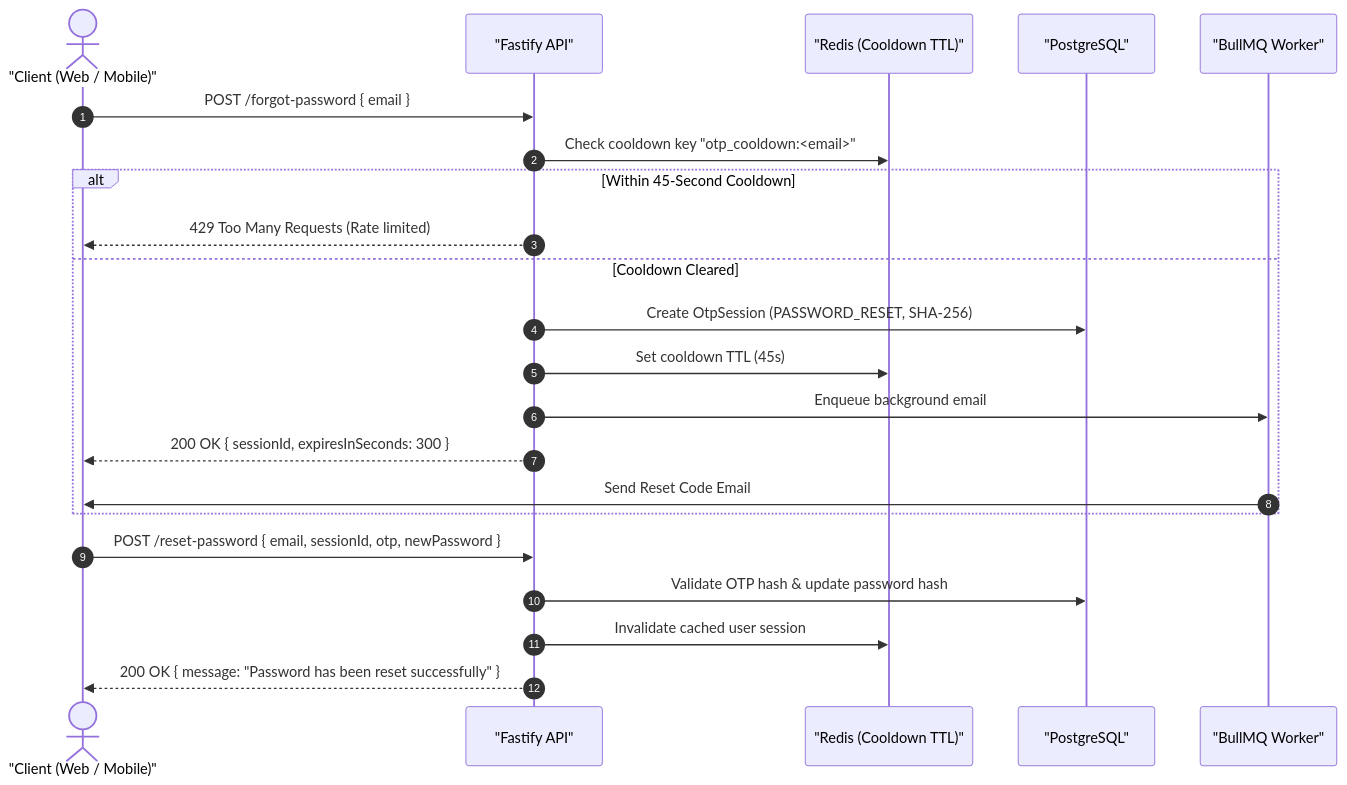
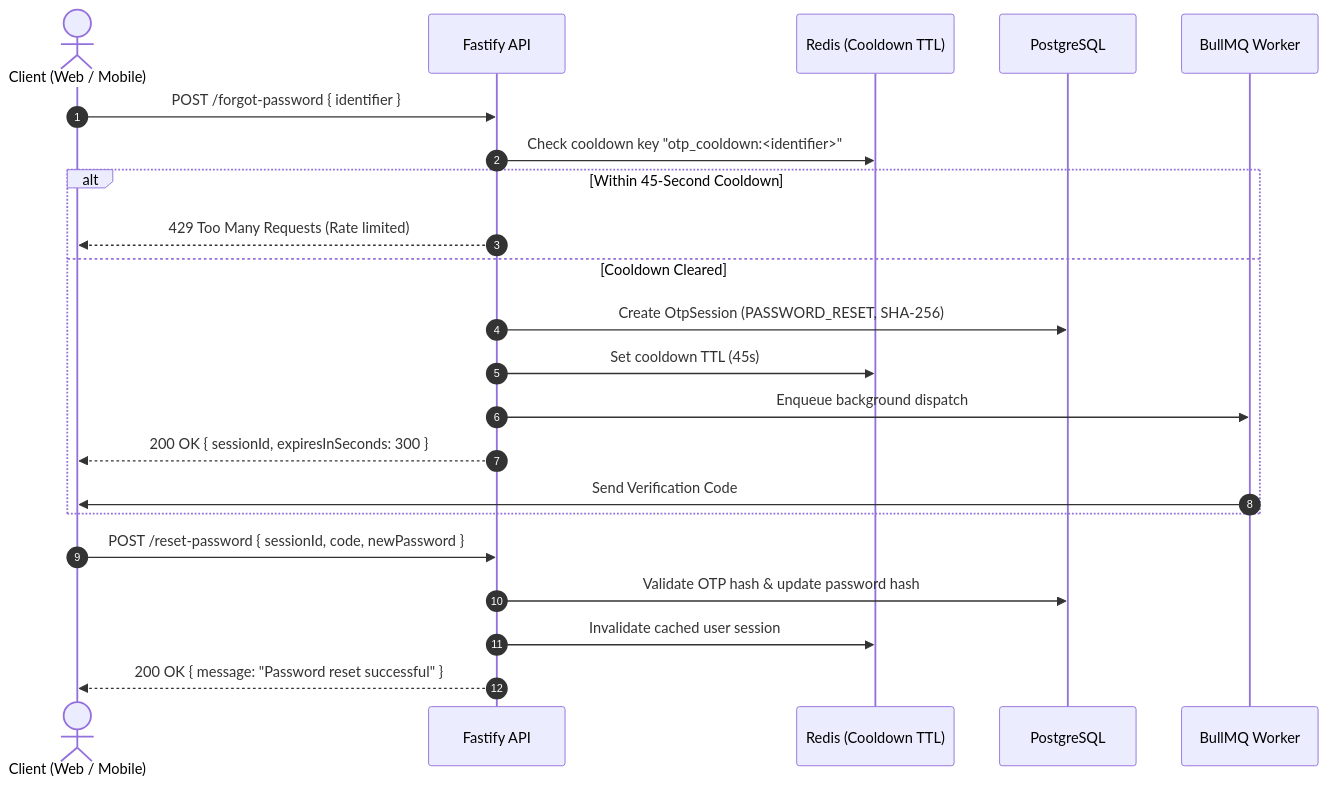
Before and after one commit to bnintelhub/olx: the third of 4 diagrams in README.md, drawn with Mermaid. The commit also changed other lines of this file and 28 other files, not shown here.

````diff
--- a/README.md
+++ b/README.md
@@ -147,26 +169,26 @@
 ```mermaid
 sequenceDiagram
     autonumber
-    actor Client as "Client (Web / Mobile)"
-    participant Fastify as "Fastify API"
-    participant Redis as "Redis (Cooldown TTL)"
-    participant DB as "PostgreSQL"
-    participant BullMQ as "BullMQ Worker"
+    actor Client as Client (Web / Mobile)
+    participant Fastify as Fastify API
+    participant Redis as Redis (Cooldown TTL)
+    participant DB as PostgreSQL
+    participant BullMQ as BullMQ Worker
 
-    Client->>Fastify: POST /forgot-password { email }
-    Fastify->>Redis: Check cooldown key "otp_cooldown:<email>"
+    Client->>Fastify: POST /forgot-password { identifier }
+    Fastify->>Redis: Check cooldown key "otp_cooldown:<identifier>"
     alt Within 45-Second Cooldown
         Fastify-->>Client: 429 Too Many Requests (Rate limited)
     else Cooldown Cleared
         Fastify->>DB: Create OtpSession (PASSWORD_RESET, SHA-256)
         Fastify->>Redis: Set cooldown TTL (45s)
-        Fastify->>BullMQ: Enqueue background email
+        Fastify->>BullMQ: Enqueue background dispatch
         Fastify-->>Client: 200 OK { sessionId, expiresInSeconds: 300 }
-        BullMQ->>Client: Send Reset Code Email
+        BullMQ->>Client: Send Verification Code
     end
 
-    Client->>Fastify: POST /reset-password { email, sessionId, otp, newPassword }
+    Client->>Fastify: POST /reset-password { sessionId, code, newPassword }
     Fastify->>DB: Validate OTP hash & update password hash
     Fastify->>Redis: Invalidate cached user session
-    Fastify-->>Client: 200 OK { message: "Password has been reset successfully" }
+    Fastify-->>Client: 200 OK { message: "Password reset successful" }
 ```
````
